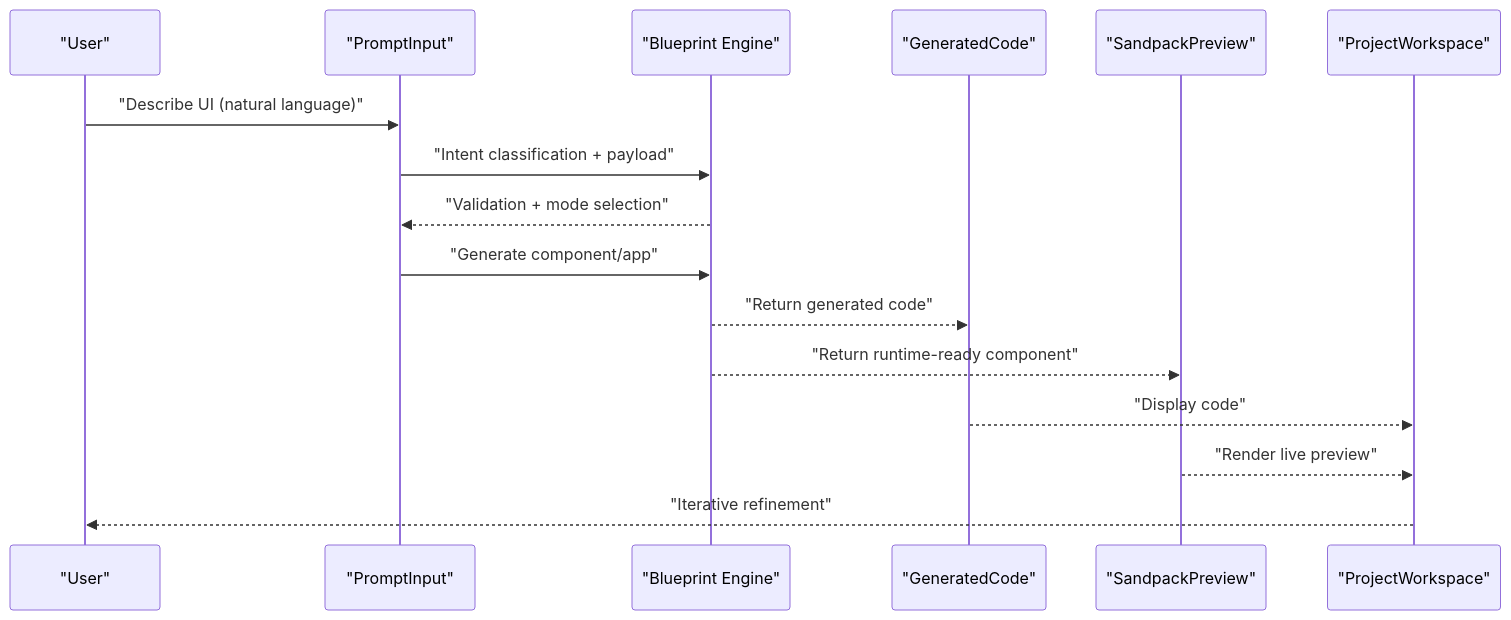
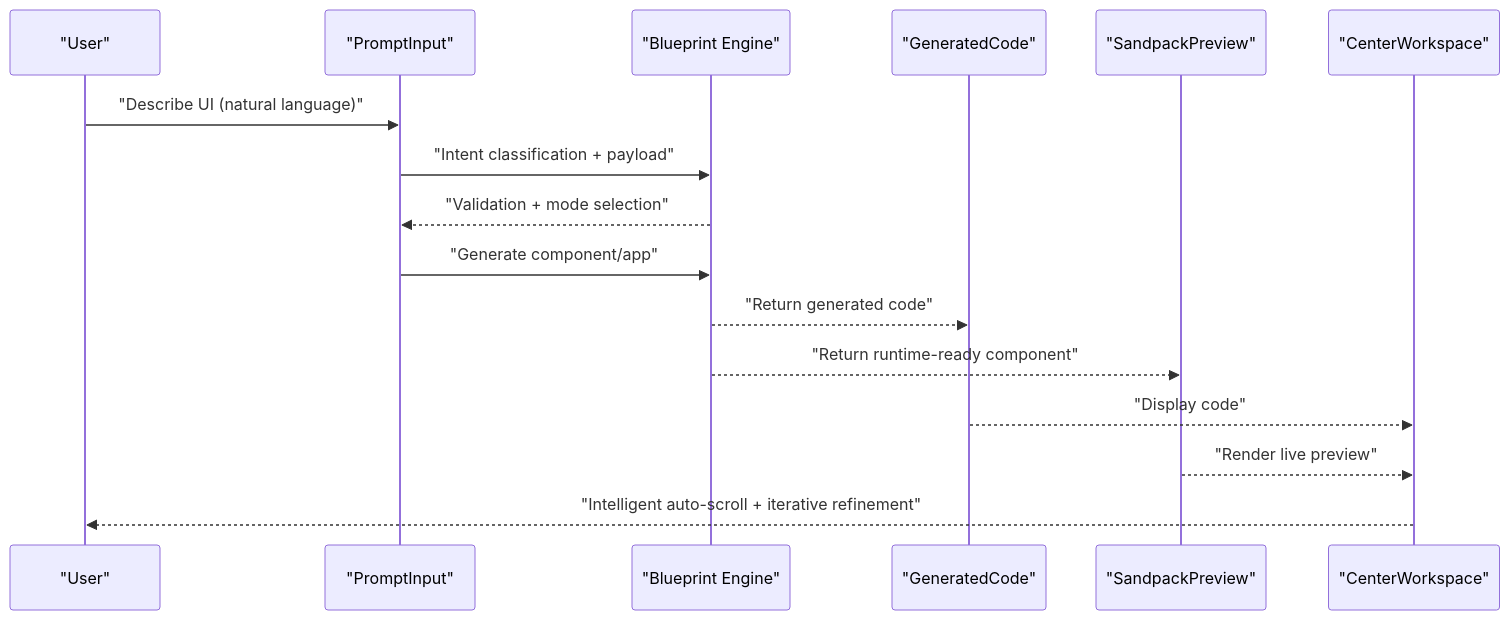
One commit to shekhargiri005-dotcom/AI-powered-accessibility-first-UI-engine changed the second of 3 diagrams in .qoder/repowiki/en/content/UI Component System/UI Component System.md. Above: the diagram before and after it, drawn with Mermaid. The commit also changed other lines of this file and 17 other files, not shown here.

````diff
--- a/.qoder/repowiki/en/content/UI Component System/UI Component System.md
+++ b/.qoder/repowiki/en/content/UI Component System/UI Component System.md
@@ -190,18 +191,18 @@
 ```mermaid
 sequenceDiagram
 participant User as "User"
 participant Prompt as "PromptInput"
 participant Engine as "Blueprint Engine"
 participant Gen as "GeneratedCode"
 participant Preview as "SandpackPreview"
-participant Workspace as "ProjectWorkspace"
+participant Workspace as "CenterWorkspace"
 User->>Prompt : "Describe UI (natural language)"
 Prompt->>Engine : "Intent classification + payload"
 Engine-->>Prompt : "Validation + mode selection"
 Prompt->>Engine : "Generate component/app"
 Engine-->>Gen : "Return generated code"
 Engine-->>Preview : "Return runtime-ready component"
 Gen-->>Workspace : "Display code"
 Preview-->>Workspace : "Render live preview"
-Workspace-->>User : "Iterative refinement"
+Workspace-->>User : "Intelligent auto-scroll + iterative refinement"
 ```
````
